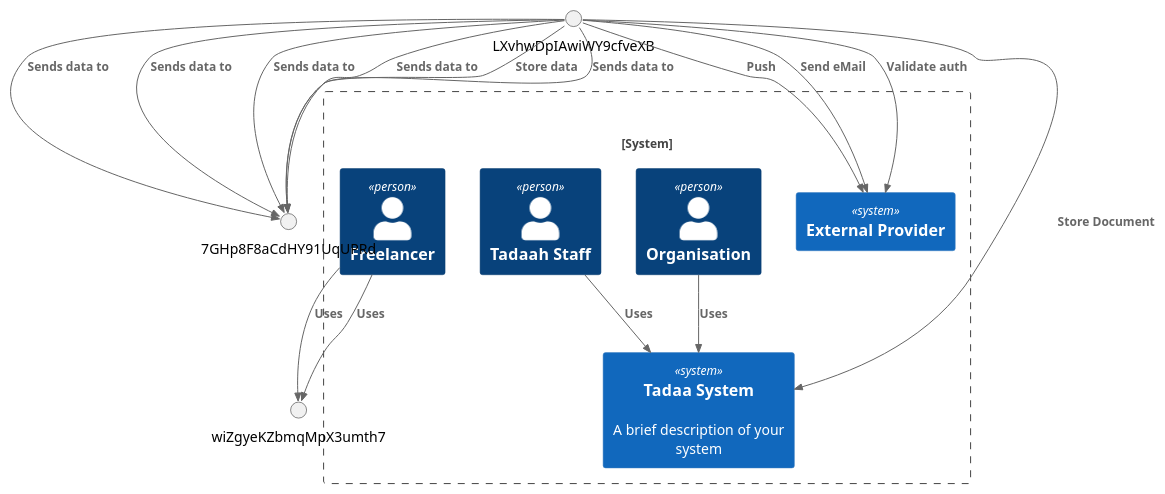
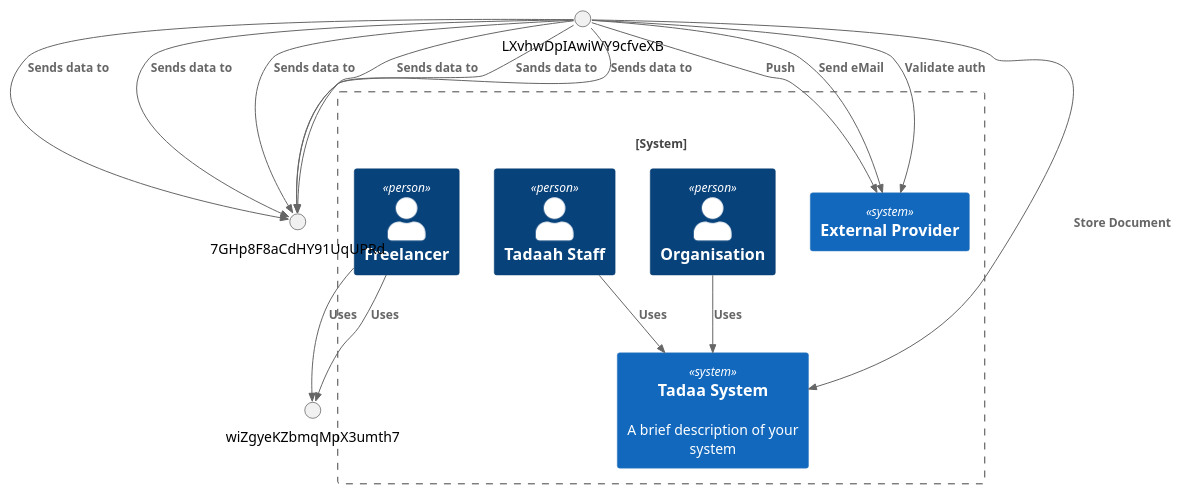
The diagram in examples/tadaah/icePanel-C4-1-.puml (brunasti/icepanel-tools), drawn with PlantUML before and after one commit. The commit also changed 8 other files, not shown here.

Commit message:
Updated Tadaah diagrams

```diff
--- a/examples/tadaah/icePanel-C4-1-.puml
+++ b/examples/tadaah/icePanel-C4-1-.puml
@@ -1,58 +1,58 @@
 @startuml
 'https://plantuml.com/class-diagram
 ' CONVERT ICEPANEL DIAGRAM ===========
 ' Converter          : it.brunasti.icepanel.tools.IcePanelToPlantUmlConverter
 ' IcePanel JSON File : [./examples/tadaah/tadaah-001.json]
 ' Configuration      : [./examples/tadaah/config.json]
-' Generated at       : Fri Jan 10 14:30:43 CET 2025
+' Generated at       : Fri Jan 10 17:22:14 CET 2025
 
 !include https://raw.githubusercontent.com/plantuml-stdlib/C4-PlantUML/master/C4_Context.puml
 !include https://raw.githubusercontent.com/plantuml-stdlib/C4-PlantUML/master/C4_Component.puml
 
 
 
 System_Boundary(ZrO7EKBJrWX4yzMUQE7L, "" ) {
     ' CLASSES =======
     System(wo1hNaUSBe6V30cFCgBt, "External Provider", "")
     Person(meF1nRjud1koeACE8CFO, "Organisation", "")
     Person(kI67J5sJZiz7LxjwL6OT, "Tadaah Staff", "")
     System(VZo4IA6ttTp0XCmX1h6o, "Tadaa System", "A brief description of your system")
     Person(ye2OoAgJhthRThhjIe69, "Freelancer", "")
 }
 
 
 ' NEIGHBOR CLASSES =======
 
 
 ' SUB DIAGRAM CONNECTIONS ======= Base : [ZrO7EKBJrWX4yzMUQE7L]
 ' CONNECTION : [Sends data to] [LXvhwDpIAwiWY9cfveXB] [7GHp8F8aCdHY91UqUPRd] [outgoing]
 Rel(LXvhwDpIAwiWY9cfveXB, 7GHp8F8aCdHY91UqUPRd, "Sends data to" )
 ' CONNECTION : [Sends data to] [LXvhwDpIAwiWY9cfveXB] [7GHp8F8aCdHY91UqUPRd] [outgoing]
 Rel(LXvhwDpIAwiWY9cfveXB, 7GHp8F8aCdHY91UqUPRd, "Sends data to" )
 ' CONNECTION : [Uses] [ye2OoAgJhthRThhjIe69] [wiZgyeKZbmqMpX3umth7] [outgoing]
 Rel(ye2OoAgJhthRThhjIe69, wiZgyeKZbmqMpX3umth7, "Uses" )
 ' CONNECTION : [Push] [LXvhwDpIAwiWY9cfveXB] [wo1hNaUSBe6V30cFCgBt] [outgoing]
 Rel(LXvhwDpIAwiWY9cfveXB, wo1hNaUSBe6V30cFCgBt, "Push" )
 ' CONNECTION : [Uses] [ye2OoAgJhthRThhjIe69] [wiZgyeKZbmqMpX3umth7] [outgoing]
 Rel(ye2OoAgJhthRThhjIe69, wiZgyeKZbmqMpX3umth7, "Uses" )
 ' CONNECTION : [Send eMail] [LXvhwDpIAwiWY9cfveXB] [wo1hNaUSBe6V30cFCgBt] [outgoing]
 Rel(LXvhwDpIAwiWY9cfveXB, wo1hNaUSBe6V30cFCgBt, "Send eMail" )
 ' CONNECTION : [Uses] [kI67J5sJZiz7LxjwL6OT] [VZo4IA6ttTp0XCmX1h6o] [outgoing]
 Rel(kI67J5sJZiz7LxjwL6OT, VZo4IA6ttTp0XCmX1h6o, "Uses" )
 ' CONNECTION : [Sends data to] [LXvhwDpIAwiWY9cfveXB] [7GHp8F8aCdHY91UqUPRd] [outgoing]
 Rel(LXvhwDpIAwiWY9cfveXB, 7GHp8F8aCdHY91UqUPRd, "Sends data to" )
 ' CONNECTION : [Sends data to] [LXvhwDpIAwiWY9cfveXB] [7GHp8F8aCdHY91UqUPRd] [outgoing]
 Rel(LXvhwDpIAwiWY9cfveXB, 7GHp8F8aCdHY91UqUPRd, "Sends data to" )
-' CONNECTION : [Store data] [LXvhwDpIAwiWY9cfveXB] [7GHp8F8aCdHY91UqUPRd] [outgoing]
-Rel(LXvhwDpIAwiWY9cfveXB, 7GHp8F8aCdHY91UqUPRd, "Store data" )
+' CONNECTION : [Sands data to] [LXvhwDpIAwiWY9cfveXB] [7GHp8F8aCdHY91UqUPRd] [outgoing]
+Rel(LXvhwDpIAwiWY9cfveXB, 7GHp8F8aCdHY91UqUPRd, "Sands data to" )
 ' CONNECTION : [Sends data to] [LXvhwDpIAwiWY9cfveXB] [7GHp8F8aCdHY91UqUPRd] [outgoing]
 Rel(LXvhwDpIAwiWY9cfveXB, 7GHp8F8aCdHY91UqUPRd, "Sends data to" )
 ' CONNECTION : [Store Document] [LXvhwDpIAwiWY9cfveXB] [VZo4IA6ttTp0XCmX1h6o] [outgoing]
 Rel(LXvhwDpIAwiWY9cfveXB, VZo4IA6ttTp0XCmX1h6o, "Store Document" )
 ' CONNECTION : [Uses] [meF1nRjud1koeACE8CFO] [VZo4IA6ttTp0XCmX1h6o] [outgoing]
 Rel(meF1nRjud1koeACE8CFO, VZo4IA6ttTp0XCmX1h6o, "Uses" )
 ' CONNECTION : [Validate auth] [LXvhwDpIAwiWY9cfveXB] [wo1hNaUSBe6V30cFCgBt] [outgoing]
 Rel(LXvhwDpIAwiWY9cfveXB, wo1hNaUSBe6V30cFCgBt, "Validate auth" )
 
 
 @enduml
```
